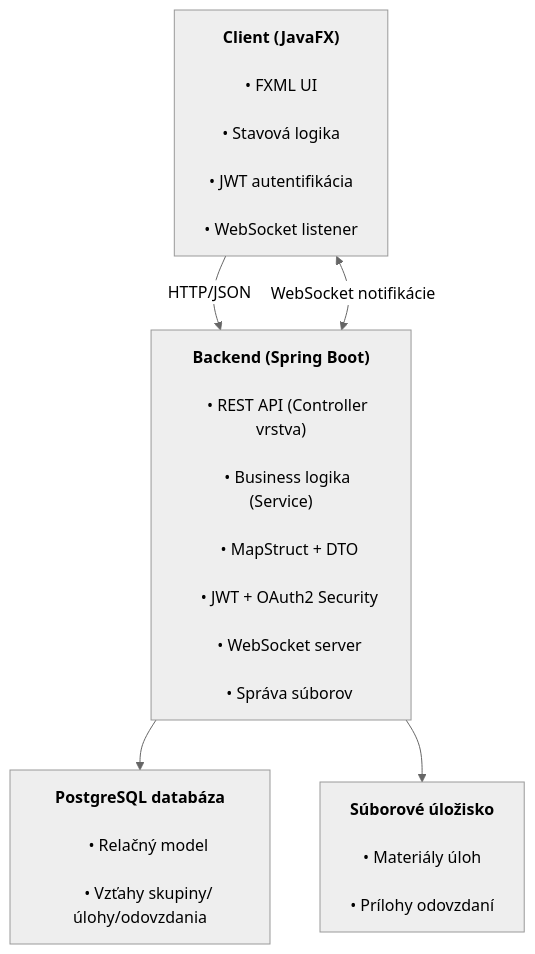
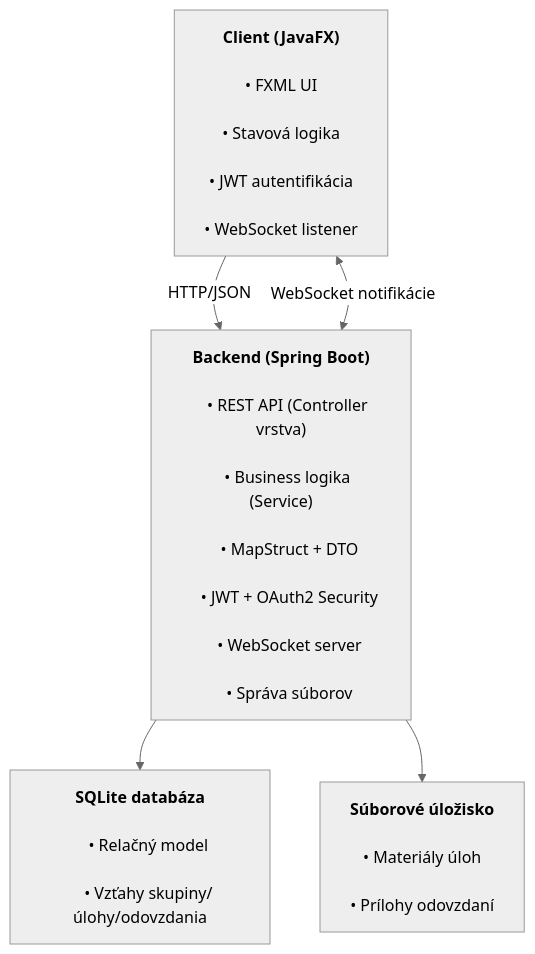
Before and after one commit to Zzenithhh/test: the diagram in README.md, drawn with Mermaid (neutral theme).

````diff
--- a/README.md
+++ b/README.md
@@ -35,38 +35,38 @@
 ```mermaid
 flowchart TB
 
     Client["
     <b>Client (JavaFX)</b><br/>
     • FXML UI<br/>
     • Stavová logika<br/>
     • JWT autentifikácia<br/>
     • WebSocket listener
     "]
 
     API["
     <b>Backend (Spring Boot)</b><br/>
     • REST API (Controller vrstva)<br/>
     • Business logika (Service)<br/>
     • MapStruct + DTO<br/>
     • JWT + OAuth2 Security<br/>
     • WebSocket server<br/>
     • Správa súborov
     "]
 
     DB["
-    <b>PostgreSQL databáza</b><br/>
+    <b>SQLite databáza</b><br/>
     • Relačný model<br/>
     • Vzťahy skupiny/úlohy/odovzdania
     "]
 
     FS["
     <b>Súborové úložisko</b><br/>
     • Materiály úloh<br/>
     • Prílohy odovzdaní
     "]
 
     Client -->|"HTTP/JSON"| API
     Client <-->|"WebSocket notifikácie"| API
     API --> DB
     API --> FS
 ```
````
